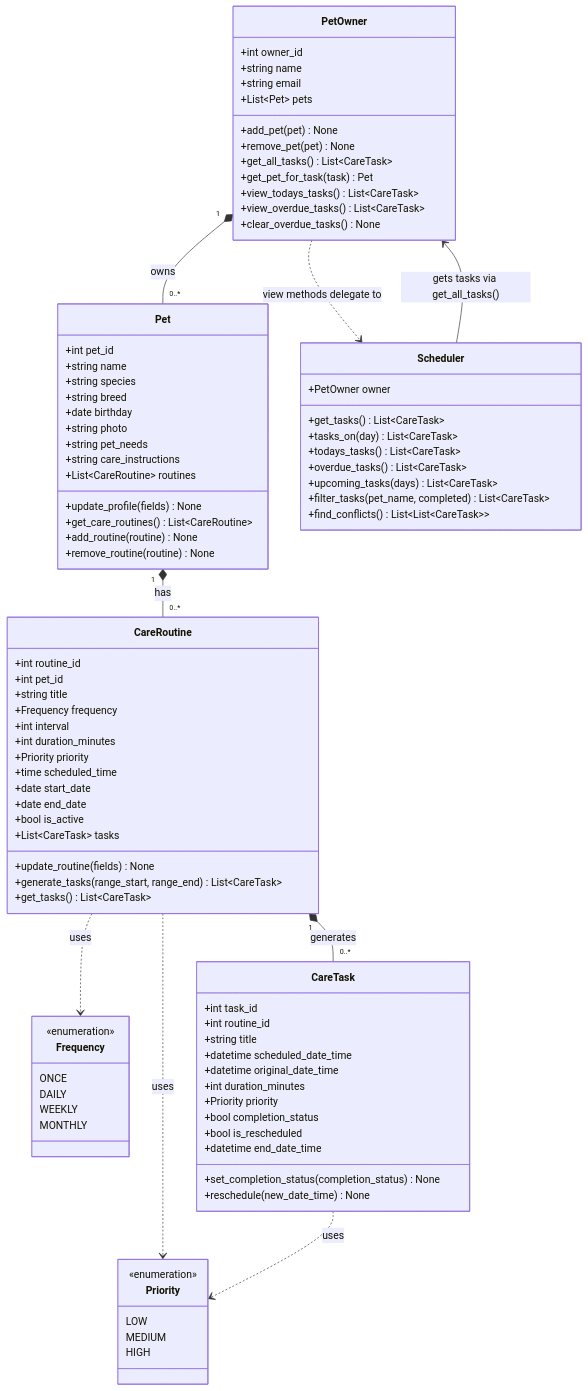
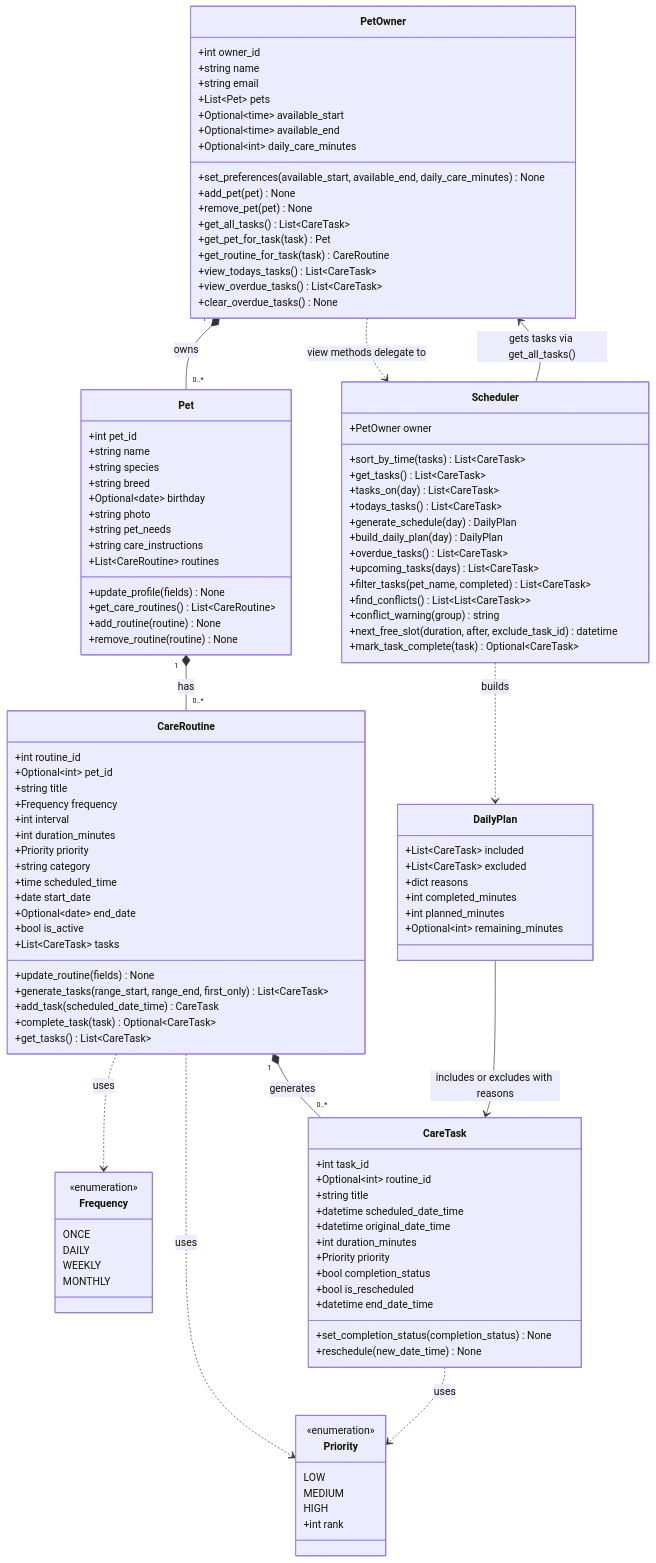
The diagram in diagrams/uml_draft.mmd (KarinaS0uza/ai110-module2show-pawpal-starter), drawn with Mermaid before and after one commit. The commit also changed 5 other files, not shown here.

```diff
--- a/diagrams/uml_draft.mmd
+++ b/diagrams/uml_draft.mmd
@@ -1,125 +1,125 @@
 classDiagram
-    %% Draft UML for PawPal+ (see reflection.md)
-    %% frequency is user-entered via a dropdown (ONCE/DAILY/WEEKLY/MONTHLY) plus an interval ("every N")
-    %%   e.g. trim nails every 2 weeks = WEEKLY, 2; monthly grooming = MONTHLY, 1; vet appointment = ONCE
-    %% IDs are auto-assigned from a counter; nobody types them
-    %% One CareRoutine per pet (same title, different times/days per pet)
-    %% Each child stores only its direct parent's ID (pet_id, routine_id); add_routine() sets pet_id, generate_tasks() sets routine_id
-    %% get_pet_for_task(): task.routine_id -> routine.pet_id -> pet
-    %% Scheduler: organizes tasks across all pets; it gets every task through PetOwner.get_all_tasks()
-    %% view_todays_tasks() and view_overdue_tasks() delegate to Scheduler so the logic lives in one place
-    %% view_todays_tasks(): only tasks dated today, sorted by time (completed or not)
-    %% view_overdue_tasks(): incomplete tasks dated before today, shown in a separate tab
-    %% clear_overdue_tasks(): deletes all overdue incomplete tasks
-    %% remove_routine(): sets is_active = False, deletes incomplete tasks, keeps completed ones as history
-    %% get_care_routines(): returns active and inactive routines (user's own tracking)
-    %% generate_tasks(): skips tasks whose original_date_time already exists (no duplicates)
-    %%   range is clamped: never before today or start_date, never after end_date (so deleted past tasks can't come back)
-    %%   generation window is 90 days ahead (GENERATION_DAYS); run when a routine is added/updated and each time the app opens
-    %% end_date is optional; a routine with no end_date repeats until removed
-    %% Possible future improvement: save data between sessions (for example one JSON file);
-    %%   ID counters would restart above the highest saved ID
-    %% reschedule(): changes only scheduled_date_time; original_date_time never changes
-    %% update_routine(): regenerates only tasks that are incomplete, in the future and not rescheduled
-    %% update_profile()/update_routine(): unknown field names raise ValueError; an invalid update_routine() is rolled back
-    %% find_conflicts(): groups of incomplete tasks whose time ranges overlap (start to start + duration_minutes)
-    %% Tasks copy duration_minutes and priority from their routine; same-time tasks are listed high priority first
-    %% set_completion_status(completion_status): UI passes Completed (True) or Not Completed (False); no toggling
 
     class Frequency {
         <<enumeration>>
         ONCE
         DAILY
         WEEKLY
         MONTHLY
     }
 
     class Priority {
         <<enumeration>>
         LOW
         MEDIUM
         HIGH
+        +int rank
     }
 
     class PetOwner {
         +int owner_id
         +string name
         +string email
         +List~Pet~ pets
+        +Optional~time~ available_start
+        +Optional~time~ available_end
+        +Optional~int~ daily_care_minutes
+        +set_preferences(available_start, available_end, daily_care_minutes) None
         +add_pet(pet) None
         +remove_pet(pet) None
         +get_all_tasks() List~CareTask~
         +get_pet_for_task(task) Pet
+        +get_routine_for_task(task) CareRoutine
         +view_todays_tasks() List~CareTask~
         +view_overdue_tasks() List~CareTask~
         +clear_overdue_tasks() None
     }
 
     class Pet {
         +int pet_id
         +string name
         +string species
         +string breed
-        +date birthday
+        +Optional~date~ birthday
         +string photo
         +string pet_needs
         +string care_instructions
         +List~CareRoutine~ routines
         +update_profile(fields) None
         +get_care_routines() List~CareRoutine~
         +add_routine(routine) None
         +remove_routine(routine) None
     }
 
     class CareRoutine {
         +int routine_id
-        +int pet_id
+        +Optional~int~ pet_id
         +string title
         +Frequency frequency
         +int interval
         +int duration_minutes
         +Priority priority
+        +string category
         +time scheduled_time
         +date start_date
-        +date end_date
+        +Optional~date~ end_date
         +bool is_active
         +List~CareTask~ tasks
         +update_routine(fields) None
-        +generate_tasks(range_start, range_end) List~CareTask~
+        +generate_tasks(range_start, range_end, first_only) List~CareTask~
+        +add_task(scheduled_date_time) CareTask
+        +complete_task(task) Optional~CareTask~
         +get_tasks() List~CareTask~
     }
 
     class CareTask {
         +int task_id
-        +int routine_id
+        +Optional~int~ routine_id
         +string title
         +datetime scheduled_date_time
         +datetime original_date_time
         +int duration_minutes
         +Priority priority
         +bool completion_status
         +bool is_rescheduled
         +datetime end_date_time
         +set_completion_status(completion_status) None
         +reschedule(new_date_time) None
     }
 
+    class DailyPlan {
+        +List~CareTask~ included
+        +List~CareTask~ excluded
+        +dict reasons
+        +int completed_minutes
+        +int planned_minutes
+        +Optional~int~ remaining_minutes
+    }
+
     class Scheduler {
         +PetOwner owner
+        +sort_by_time(tasks) List~CareTask~
         +get_tasks() List~CareTask~
         +tasks_on(day) List~CareTask~
         +todays_tasks() List~CareTask~
+        +generate_schedule(day) DailyPlan
+        +build_daily_plan(day) DailyPlan
         +overdue_tasks() List~CareTask~
         +upcoming_tasks(days) List~CareTask~
         +filter_tasks(pet_name, completed) List~CareTask~
         +find_conflicts() List~List~CareTask~~
+        +conflict_warning(group) string
+        +next_free_slot(duration, after, exclude_task_id) datetime
+        +mark_task_complete(task) Optional~CareTask~
     }
 
     PetOwner "1" *-- "0..*" Pet : owns
     Pet "1" *-- "0..*" CareRoutine : has
     CareRoutine "1" *-- "0..*" CareTask : generates
     CareRoutine ..> Frequency : uses
     CareRoutine ..> Priority : uses
     CareTask ..> Priority : uses
     Scheduler --> PetOwner : gets tasks via get_all_tasks()
     PetOwner ..> Scheduler : view methods delegate to
+    Scheduler ..> DailyPlan : builds
+    DailyPlan --> CareTask : includes or excludes with reasons
```
